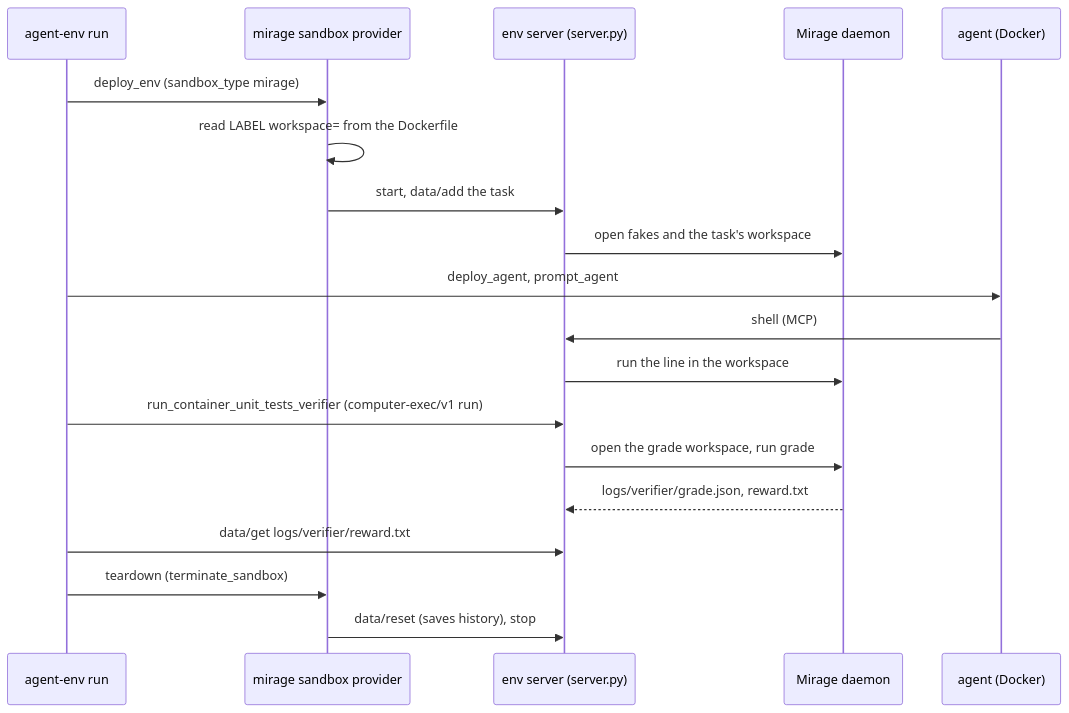
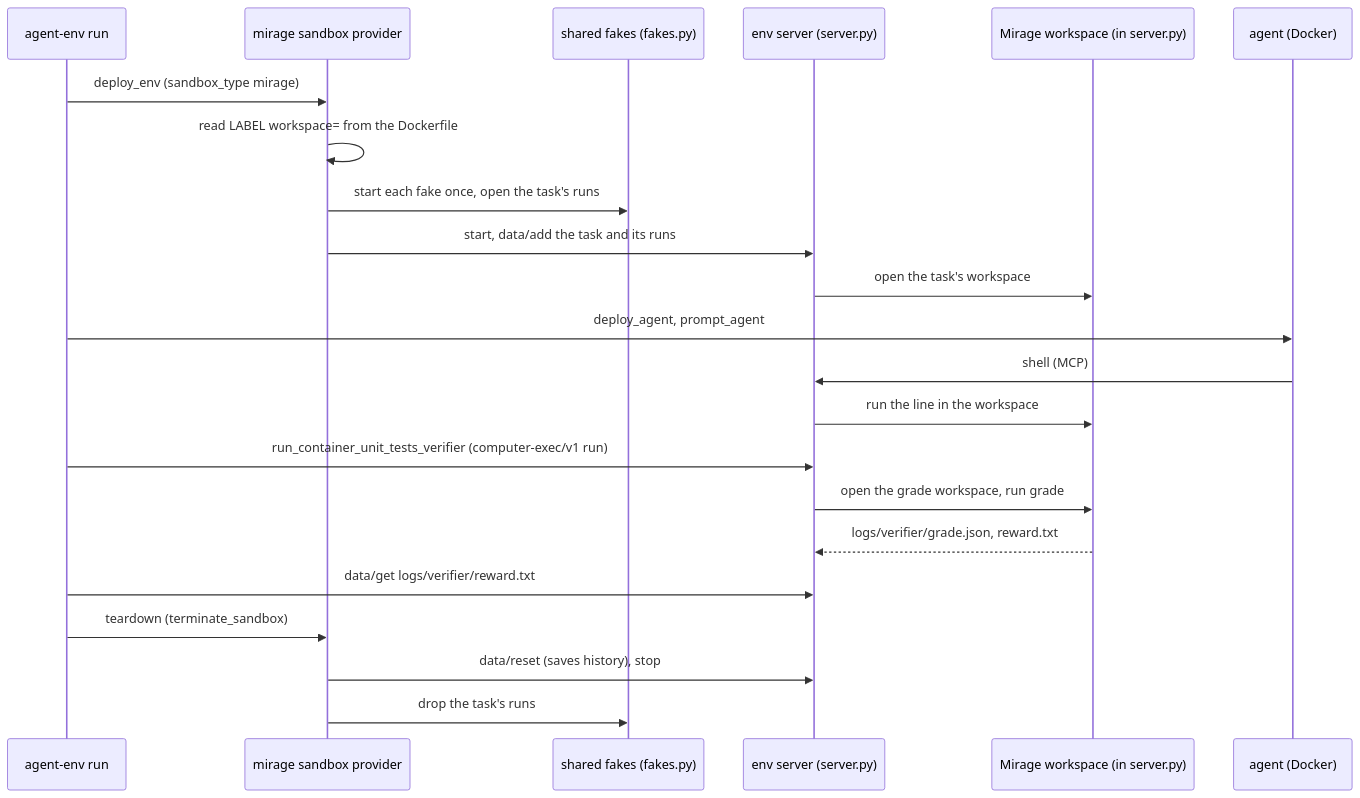
The diagram in vfs-bench-2/formats/agentenv/README.md (agentvfs/vfs-bench), drawn with Mermaid before and after one commit. The commit also changed other lines of this file and 9 other files, not shown here.

First line of the commit message:
Run agent-env tasks on Mirage's Python Workspace, share the fakes, and snapshot and load an env

````diff
--- a/vfs-bench-2/formats/agentenv/README.md
+++ b/vfs-bench-2/formats/agentenv/README.md
@@ -25,22 +41,25 @@
 ```mermaid
 sequenceDiagram
     participant Run as agent-env run
     participant Provider as mirage sandbox provider
+    participant Fakes as shared fakes (fakes.py)
     participant Env as env server (server.py)
-    participant Mirage as Mirage daemon
+    participant Mirage as Mirage workspace (in server.py)
     participant Agent as agent (Docker)
 
     Run->>Provider: deploy_env (sandbox_type mirage)
     Provider->>Provider: read LABEL workspace= from the Dockerfile
-    Provider->>Env: start, data/add the task
-    Env->>Mirage: open fakes and the task's workspace
+    Provider->>Fakes: start each fake once, open the task's runs
+    Provider->>Env: start, data/add the task and its runs
+    Env->>Mirage: open the task's workspace
     Run->>Agent: deploy_agent, prompt_agent
     Agent->>Env: shell (MCP)
     Env->>Mirage: run the line in the workspace
     Run->>Env: run_container_unit_tests_verifier (computer-exec/v1 run)
     Env->>Mirage: open the grade workspace, run grade
     Mirage-->>Env: logs/verifier/grade.json, reward.txt
     Run->>Env: data/get logs/verifier/reward.txt
     Run->>Provider: teardown (terminate_sandbox)
     Provider->>Env: data/reset (saves history), stop
+    Provider->>Fakes: drop the task's runs
 ```
````
